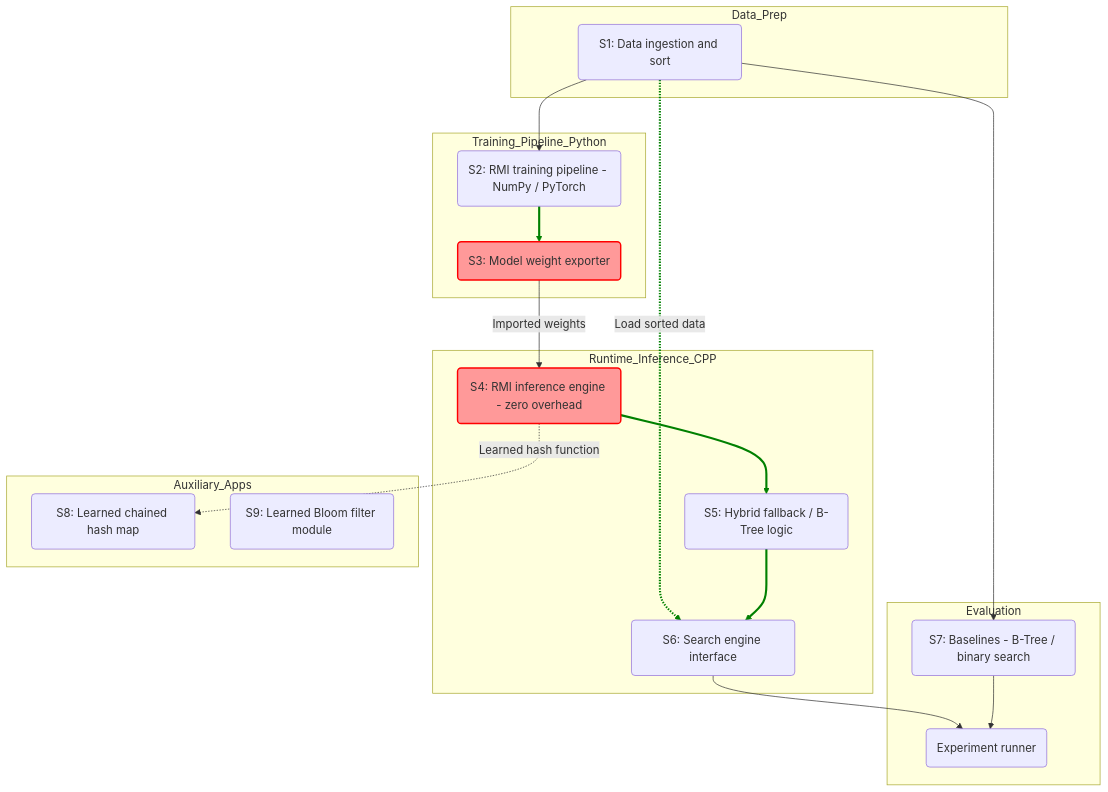
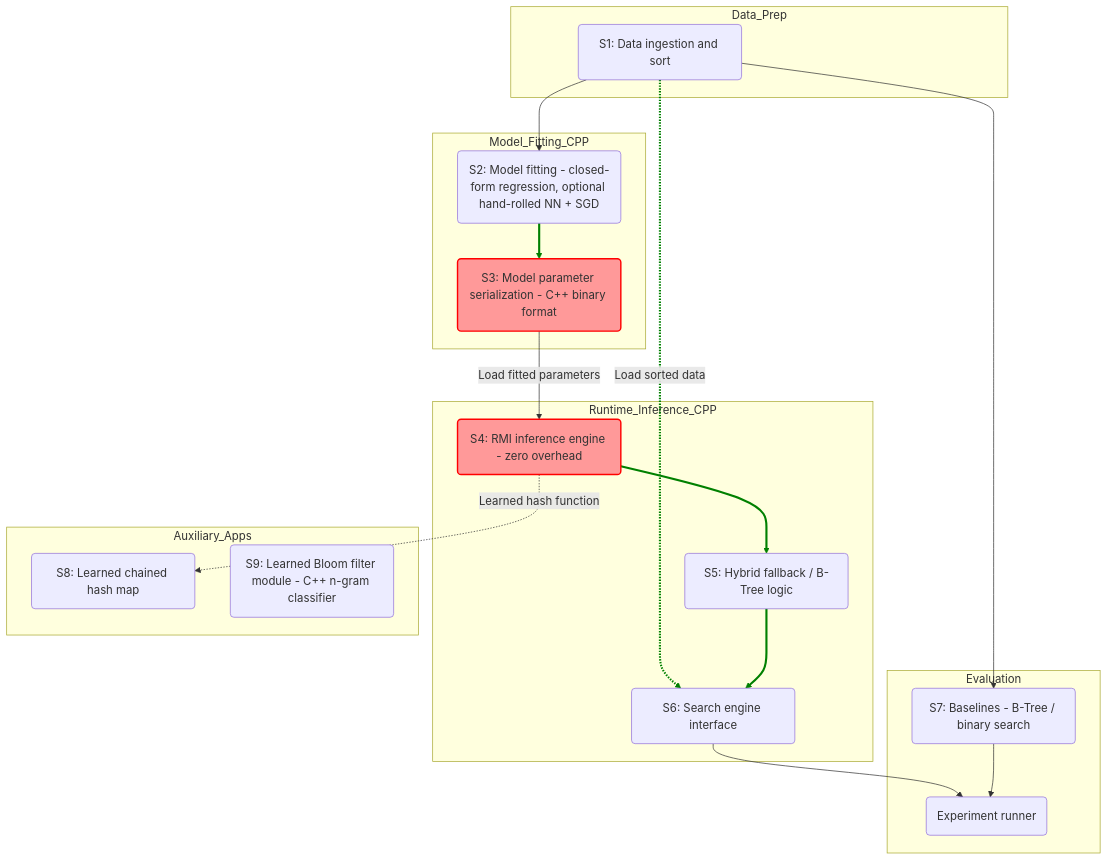
The second of 3 diagrams in plan.md (NischalPendurthi/LearnedIndex), drawn with Mermaid before and after one commit. The commit also changed other lines of this file, not shown here.

````diff
--- a/plan.md
+++ b/plan.md
@@ -152,35 +164,35 @@
 ```mermaid
 graph TD
   subgraph Data_Prep
   S1(S1: Data ingestion and sort)
   end
 
-  subgraph Training_Pipeline_Python
-  S1 --> S2(S2: RMI training pipeline - NumPy / PyTorch)
-  S2 --> S3(S3: Model weight exporter)
+  subgraph Model_Fitting_CPP
+  S1 --> S2(S2: Model fitting - closed-form regression, optional hand-rolled NN + SGD)
+  S2 --> S3(S3: Model parameter serialization - C++ binary format)
   end
 
   subgraph Runtime_Inference_CPP
   S1 -. Load sorted data .-> S6(S6: Search engine interface)
-  S3 -- Imported weights --> S4(S4: RMI inference engine - zero overhead)
+  S3 -- Load fitted parameters --> S4(S4: RMI inference engine - zero overhead)
   S4 --> S5(S5: Hybrid fallback / B-Tree logic)
   S5 --> S6
   end
 
   subgraph Evaluation
   S1 --> S7(S7: Baselines - B-Tree / binary search)
   S6 --> EXP(Experiment runner)
   S7 --> EXP
   end
 
   subgraph Auxiliary_Apps
   S4 -. Learned hash function .-> S8(S8: Learned chained hash map)
-  S9(S9: Learned Bloom filter module)
+  S9(S9: Learned Bloom filter module - C++ n-gram classifier)
   end
 
   linkStyle 1,2 stroke:green,stroke-width:3px;
   linkStyle 4,5 stroke:green,stroke-width:3px;
 
   style S3 fill:#ff9999,stroke:#f00,stroke-width:2px;
   style S4 fill:#ff9999,stroke:#f00,stroke-width:2px;
 ```
````
